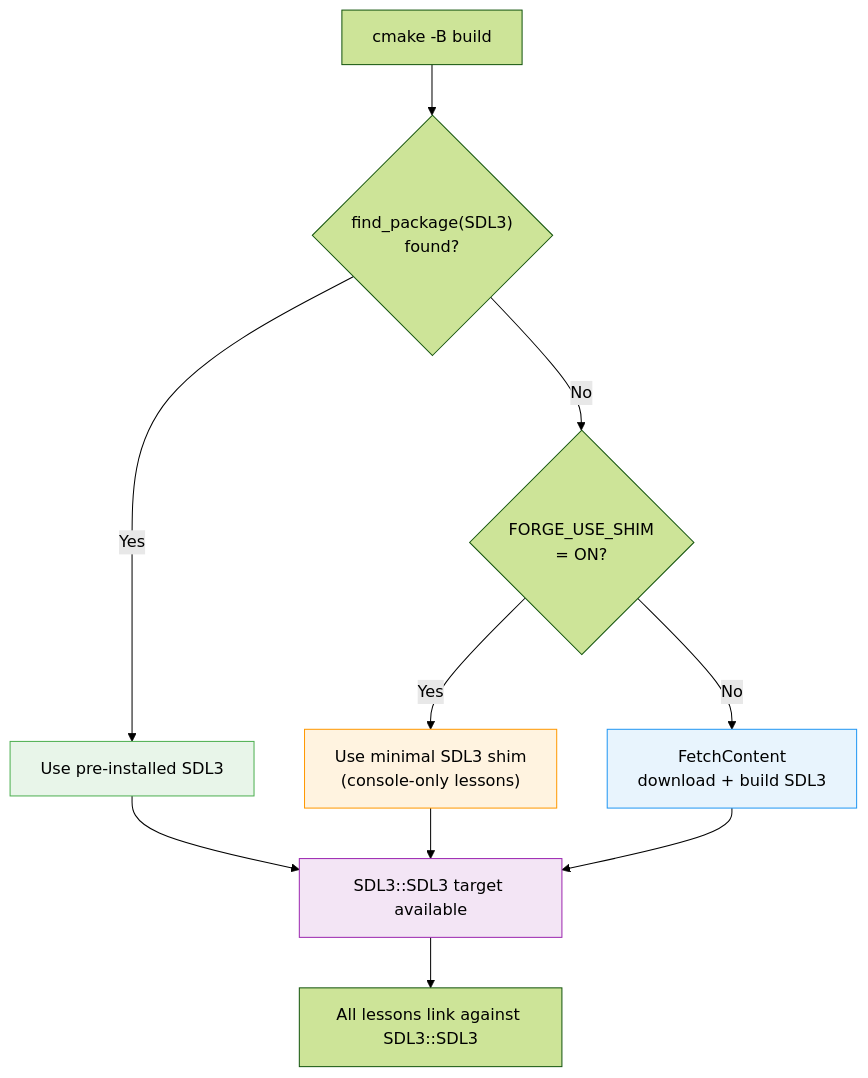
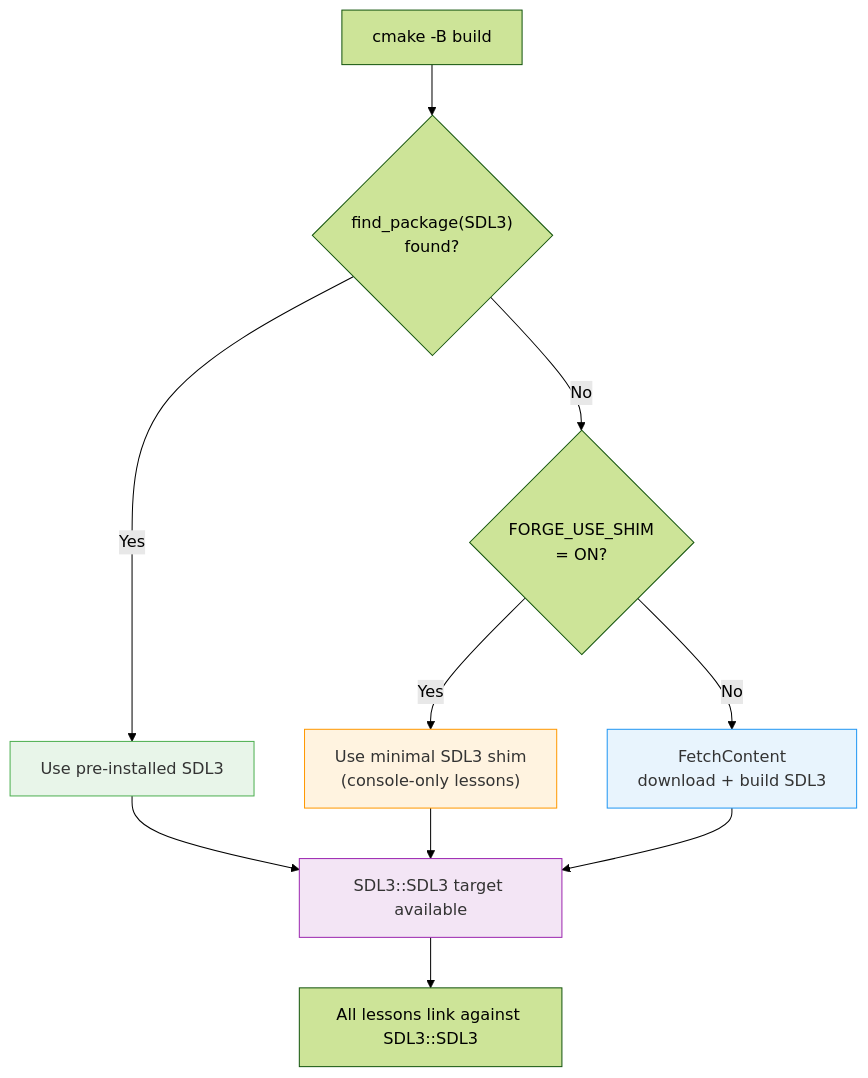
Before and after one commit to RosyGameStudio/forge-gpu: the second of 5 diagrams in lessons/engine/03-fetchcontent-dependencies/README.md, drawn with Mermaid (forest theme). The commit also changed other lines of this file, not shown here.

First line of the commit message:
Fix mermaid diagram text contrast for dark mode

````diff
--- a/lessons/engine/03-fetchcontent-dependencies/README.md
+++ b/lessons/engine/03-fetchcontent-dependencies/README.md
@@ -278,19 +278,19 @@
 ```mermaid
 flowchart TD
     Start["cmake -B build"] --> FP{"find_package(SDL3)\nfound?"}
     FP -->|Yes| Pre["Use pre-installed SDL3"]
     FP -->|No| Shim{"FORGE_USE_SHIM\n= ON?"}
     Shim -->|Yes| ShimLib["Use minimal SDL3 shim\n(console-only lessons)"]
     Shim -->|No| FC["FetchContent\ndownload + build SDL3"]
 
     Pre --> Target["SDL3::SDL3 target available"]
     ShimLib --> Target
     FC --> Target
 
     Target --> Lessons["All lessons link against SDL3::SDL3"]
 
-    style Pre fill:#e8f5e9,stroke:#4CAF50
-    style ShimLib fill:#fff3e0,stroke:#FF9800
-    style FC fill:#e8f4fd,stroke:#2196F3
-    style Target fill:#f3e5f5,stroke:#9C27B0
+    style Pre fill:#e8f5e9,stroke:#4CAF50,color:#333
+    style ShimLib fill:#fff3e0,stroke:#FF9800,color:#333
+    style FC fill:#e8f4fd,stroke:#2196F3,color:#333
+    style Target fill:#f3e5f5,stroke:#9C27B0,color:#333
 ```
````
